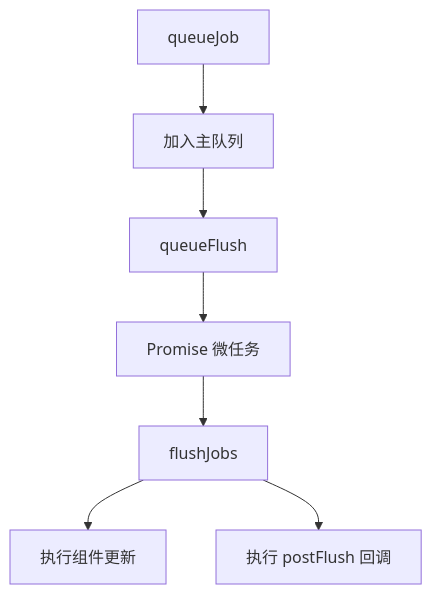
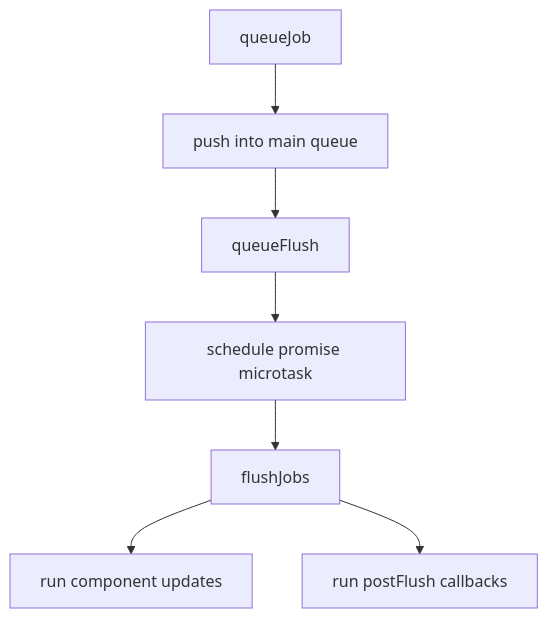
One commit to Tajigaqzh/front_basic changed the diagram in docs/vue/source/runtime-core/scheduler-ts-explained.md. Above: the diagram before and after it, drawn with Mermaid. The commit also changed 11 other files, not shown here.

````diff
--- a/docs/vue/source/runtime-core/scheduler-ts-explained.md
+++ b/docs/vue/source/runtime-core/scheduler-ts-explained.md
@@ -9,9 +9,9 @@
 ```mermaid
 flowchart TD
-    A[queueJob] --> B[加入主队列]
-    B --> C[queueFlush]
-    C --> D[Promise 微任务]
-    D --> E[flushJobs]
-    E --> F[执行组件更新]
-    E --> G[执行 postFlush 回调]
+    A["queueJob"] --> B["push into main queue"]
+    B --> C["queueFlush"]
+    C --> D["schedule promise microtask"]
+    D --> E["flushJobs"]
+    E --> F["run component updates"]
+    E --> G["run postFlush callbacks"]
 ```
````
